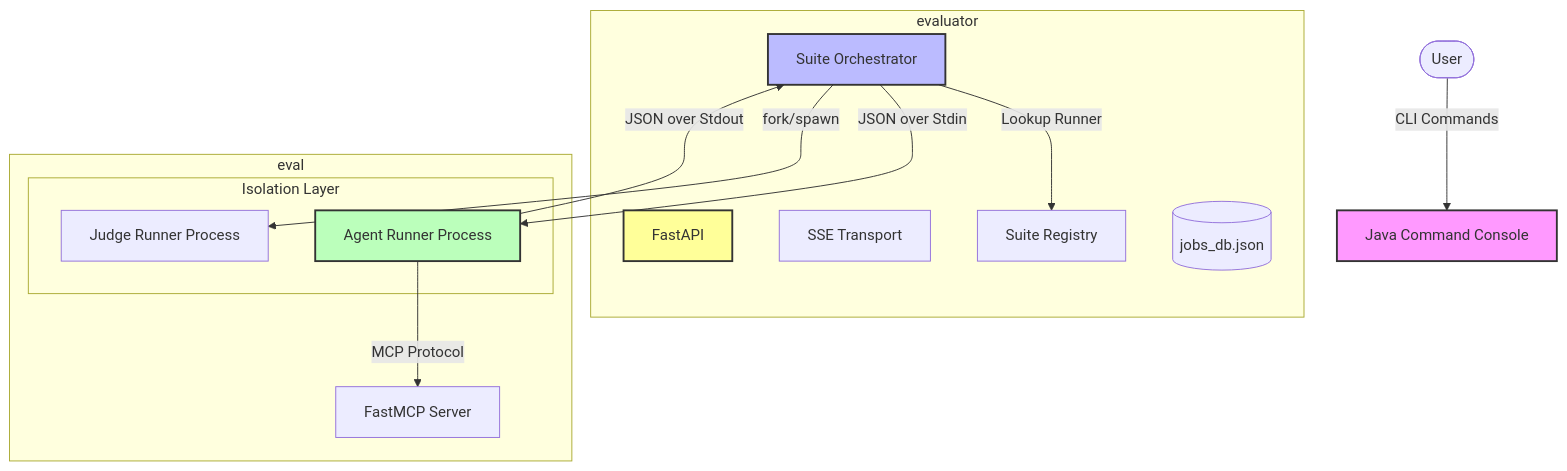
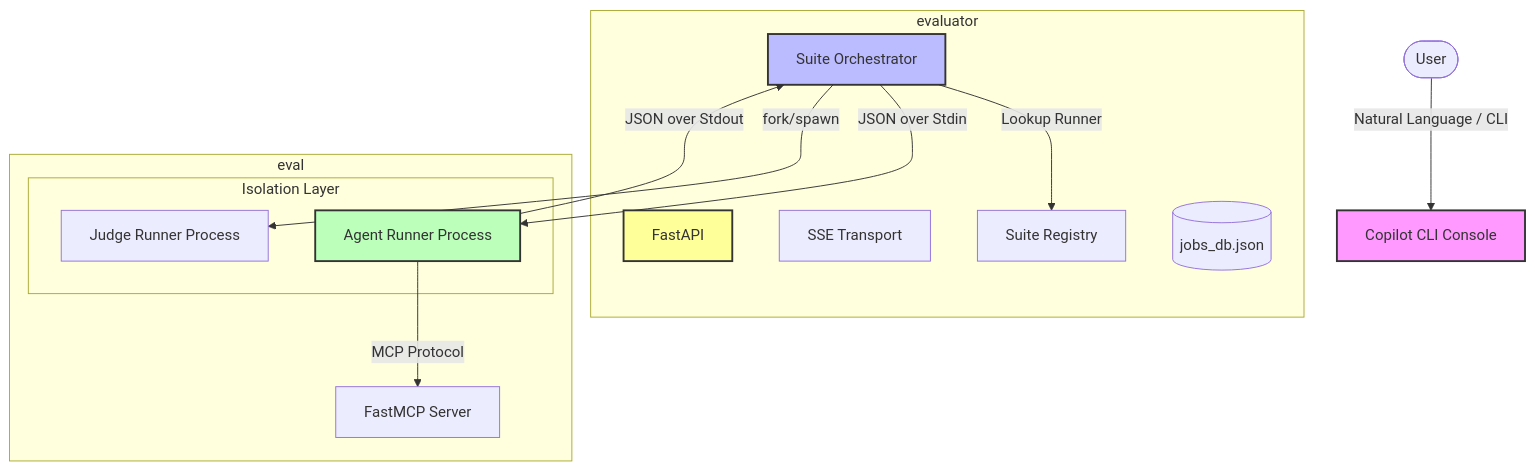
The first of 3 diagrams in docs/architecture.md (rvishravars/consequence), drawn with Mermaid before and after one commit. The commit also changed other lines of this file and 2 other files, not shown here.

Commit message:
docs: merge python-evaluator.md into README and remove legacy Java references

````diff
--- a/docs/architecture.md
+++ b/docs/architecture.md
@@ -9,28 +7,28 @@
 ```mermaid
 flowchart TD
-    User([User]) -- "CLI Commands" --> Java[Java Command Console]
+    User([User]) -- "Natural Language / CLI" --> Copilot[Copilot CLI Console]
     
 subgraph Layer 1+2: Platform [evaluator]
     PyAPI[FastAPI]
     SSE[SSE Transport]
     Orchestrator[Suite Orchestrator]
     Registry[Suite Registry]
     DB[(jobs_db.json)]
 end
 
 subgraph Layer 3: Content [eval]
     subgraph Isolation Layer
         Orchestrator -- "Lookup Runner" --> Registry
         Orchestrator -- "JSON over Stdin" --> AgentProc[Agent Runner Process]
         Orchestrator -- "fork/spawn" --> JudgeProc[Judge Runner Process]
         AgentProc -- "JSON over Stdout" --> Orchestrator
     end
     
     AgentProc -- "MCP Protocol" --> MCP[FastMCP Server]
 end
 
-    style Java fill:#f9f,stroke:#333,stroke-width:2px
+    style Copilot fill:#f9f,stroke:#333,stroke-width:2px
     style PyAPI fill:#ff9,stroke:#333,stroke-width:2px
     style AgentProc fill:#bfb,stroke:#333,stroke-width:2px
     style Orchestrator fill:#bbf,stroke:#333,stroke-width:2px
 ```
````
